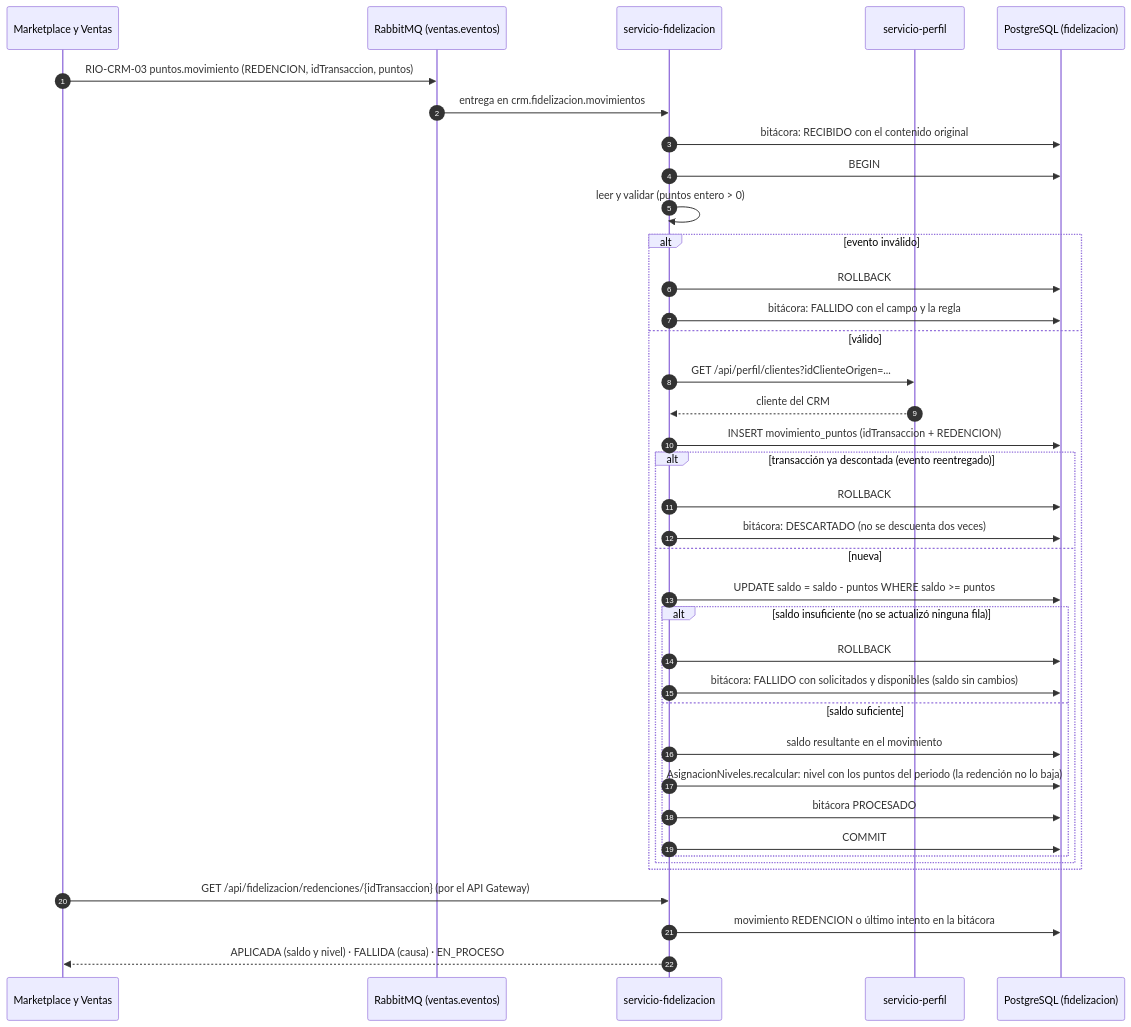
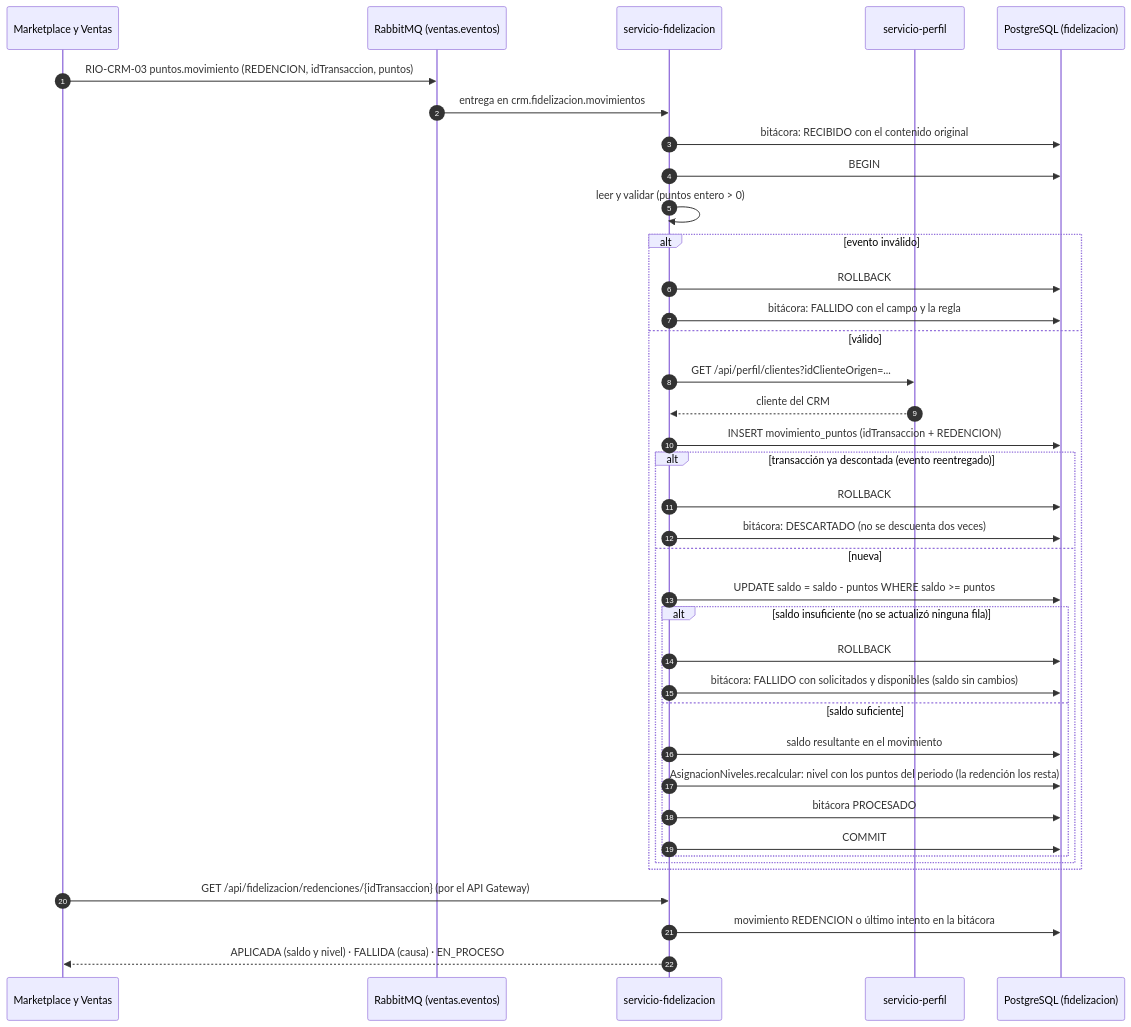
One commit to daniel69zz/equipob-crm changed the second of 2 diagrams in docs/fidelizacion/redencion-puntos-diagramas.md. Above: the diagram before and after it, drawn with Mermaid. The commit also changed 5 other files, not shown here.

Commit message:
fix(fidelizacion): SCRUM-404 restar las redenciones del periodo para que el cliente quede en el nivel de su nuevo saldo

````diff
--- a/docs/fidelizacion/redencion-puntos-diagramas.md
+++ b/docs/fidelizacion/redencion-puntos-diagramas.md
@@ -96,42 +96,42 @@
 ```mermaid
 sequenceDiagram
     autonumber
     participant MV as Marketplace y Ventas
     participant MQ as RabbitMQ (ventas.eventos)
     participant F as servicio-fidelizacion
     participant P as servicio-perfil
     participant DB as PostgreSQL (fidelizacion)
 
     MV->>MQ: RIO-CRM-03 puntos.movimiento (REDENCION, idTransaccion, puntos)
     MQ->>F: entrega en crm.fidelizacion.movimientos
     F->>DB: bitácora: RECIBIDO con el contenido original
     F->>DB: BEGIN
     F->>F: leer y validar (puntos entero > 0)
     alt evento inválido
         F->>DB: ROLLBACK
         F->>DB: bitácora: FALLIDO con el campo y la regla
     else válido
         F->>P: GET /api/perfil/clientes?idClienteOrigen=...
         P-->>F: cliente del CRM
         F->>DB: INSERT movimiento_puntos (idTransaccion + REDENCION)
         alt transacción ya descontada (evento reentregado)
             F->>DB: ROLLBACK
             F->>DB: bitácora: DESCARTADO (no se descuenta dos veces)
         else nueva
             F->>DB: UPDATE saldo = saldo - puntos WHERE saldo >= puntos
             alt saldo insuficiente (no se actualizó ninguna fila)
                 F->>DB: ROLLBACK
                 F->>DB: bitácora: FALLIDO con solicitados y disponibles (saldo sin cambios)
             else saldo suficiente
                 F->>DB: saldo resultante en el movimiento
-                F->>DB: AsignacionNiveles.recalcular: nivel con los puntos del periodo (la redención no lo baja)
+                F->>DB: AsignacionNiveles.recalcular: nivel con los puntos del periodo (la redención los resta)
                 F->>DB: bitácora PROCESADO
                 F->>DB: COMMIT
             end
         end
     end
 
     MV->>F: GET /api/fidelizacion/redenciones/{idTransaccion} (por el API Gateway)
     F->>DB: movimiento REDENCION o último intento en la bitácora
     F-->>MV: APLICADA (saldo y nivel) · FALLIDA (causa) · EN_PROCESO
 ```
````
